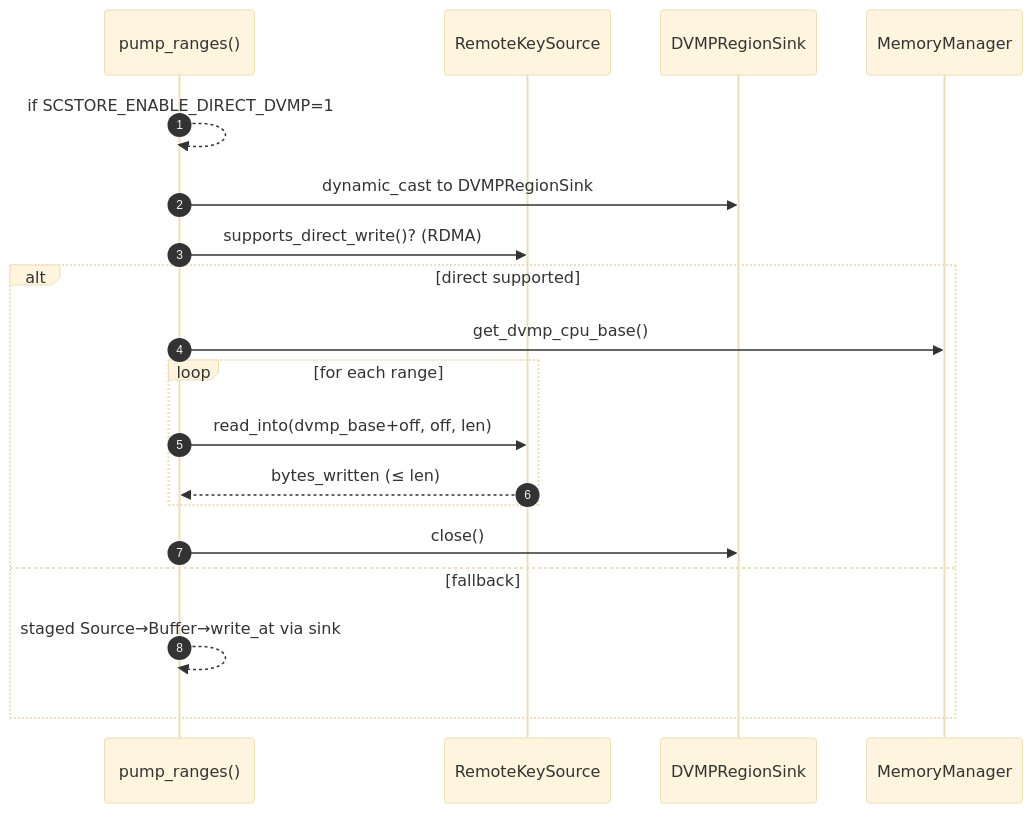
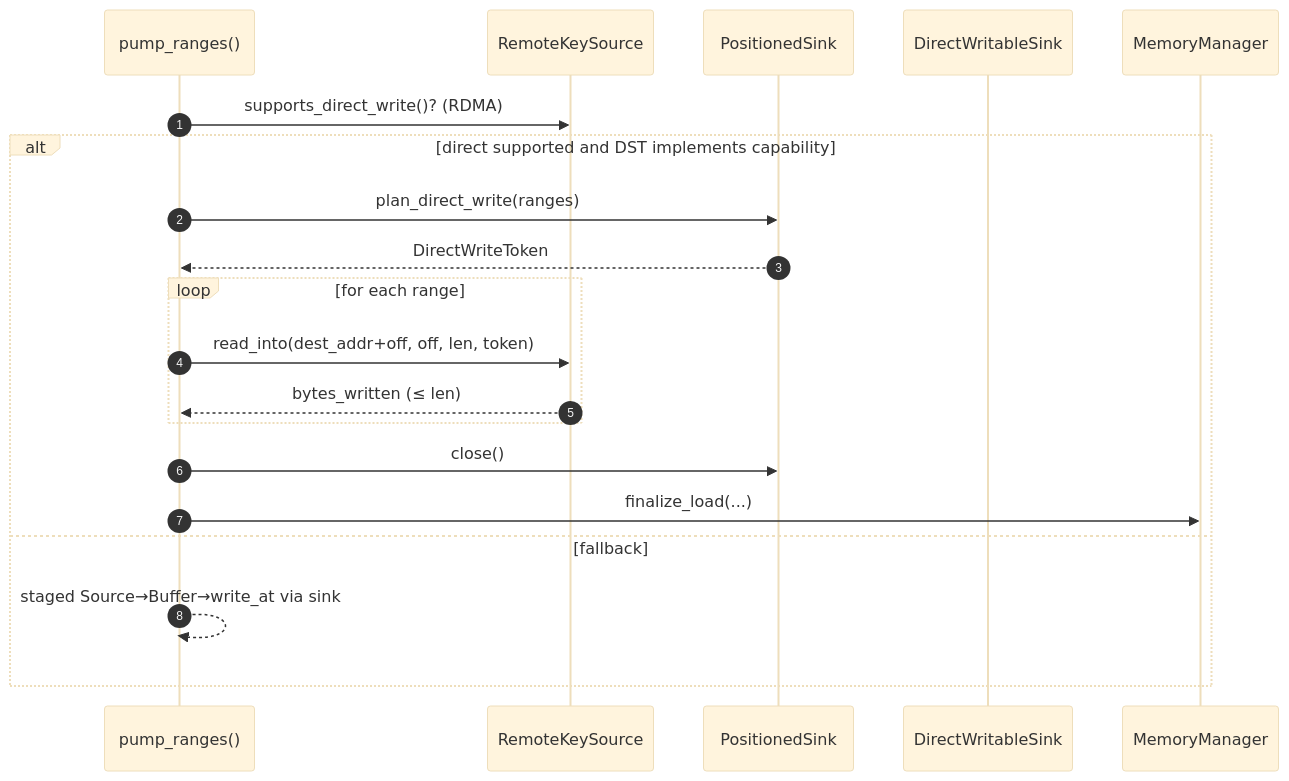
One commit to tensorcast-ai/tensorcast changed the sixth of 7 diagrams in rfcs/0001-distributed-virtual-memory-pool.md. Above: the diagram before and after it, drawn with Mermaid (base theme). The commit also changed other lines of this file and 1 other file, not shown here.

Commit message:
docs: merge dvmp docs

````diff
--- a/rfcs/0001-distributed-virtual-memory-pool.md
+++ b/rfcs/0001-distributed-virtual-memory-pool.md
@@ -307,22 +318,23 @@
 ```mermaid
 sequenceDiagram
     autonumber
     participant P as pump_ranges()
     participant RS as RemoteKeySource
-    participant DS as DVMPRegionSink
+    participant DST as PositionedSink
+    participant CAP as DirectWritableSink
     participant MM as MemoryManager
 
-    P-->>P: if SCSTORE_ENABLE_DIRECT_DVMP=1
-    P->>DS: dynamic_cast to DVMPRegionSink
     P->>RS: supports_direct_write()? (RDMA)
-    alt direct supported
-        P->>MM: get_dvmp_cpu_base()
+    alt direct supported and DST implements capability
+        P->>DST: plan_direct_write(ranges)
+        DST-->>P: DirectWriteToken
         loop for each range
-            P->>RS: read_into(dvmp_base+off, off, len)
+            P->>RS: read_into(dest_addr+off, off, len, token)
             RS-->>P: bytes_written (≤ len)
         end
-        P->>DS: close()
+        P->>DST: close()
+        P->>MM: finalize_load(...)
     else fallback
         P-->>P: staged Source→Buffer→write_at via sink
     end
 ```
````
